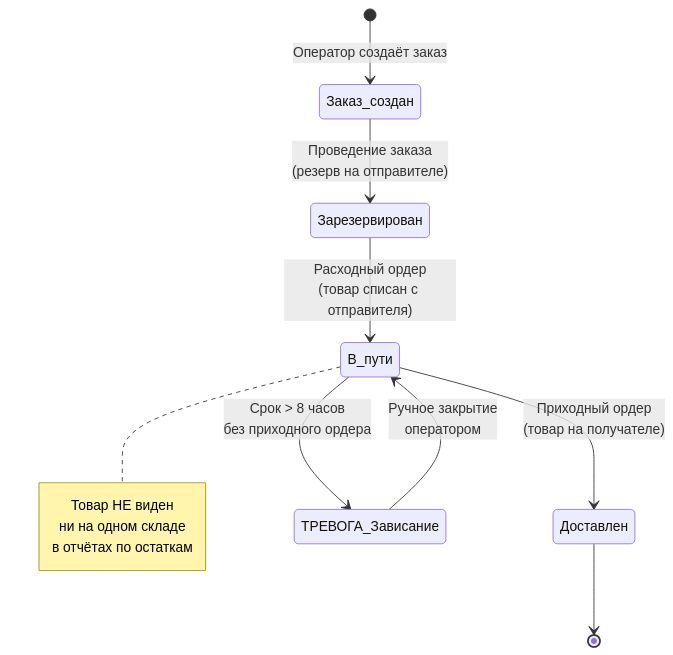
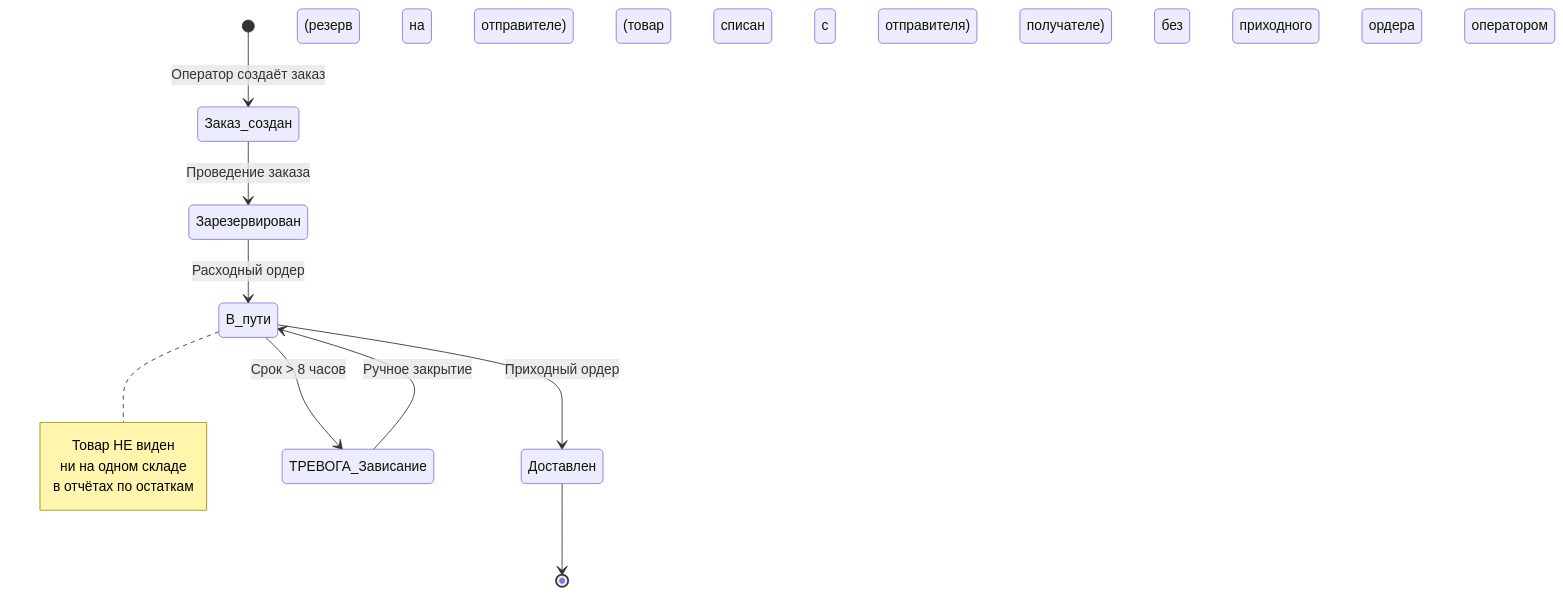
The sixth of 9 diagrams in content/1c-erp/week_5/Неделя 5 - День 1 - Складские перемещения.md (murad1986/1c-erp-quartz), drawn with Mermaid before and after one commit. The commit also changed other lines of this file and 37 other files, not shown here.

First line of the commit message:
Fix lesson sorting, Mermaid colors, and syntax errors

````diff
--- a/content/1c-erp/week_5/Неделя 5 - День 1 - Складские перемещения.md
+++ b/content/1c-erp/week_5/Неделя 5 - День 1 - Складские перемещения.md
@@ -350,15 +357,22 @@
 ```mermaid
 stateDiagram-v2
     [*] --> Заказ_создан : Оператор создаёт заказ
-    Заказ_создан --> Зарезервирован : Проведение заказа<br/>(резерв на отправителе)
-    Зарезервирован --> В_пути : Расходный ордер<br/>(товар списан с отправителя)
-    В_пути --> Доставлен : Приходный ордер<br/>(товар на получателе)
+    Заказ_создан --> Зарезервирован : Проведение заказа
+(резерв на отправителе)
+    Зарезервирован --> В_пути : Расходный ордер
+(товар списан с отправителя)
+    В_пути --> Доставлен : Приходный ордер
+(товар на получателе)
     Доставлен --> [*]
 
-    В_пути --> ТРЕВОГА_Зависание : Срок > 8 часов<br/>без приходного ордера
-    ТРЕВОГА_Зависание --> В_пути : Ручное закрытие<br/>оператором
+    В_пути --> ТРЕВОГА_Зависание : Срок > 8 часов
+без приходного ордера
+    ТРЕВОГА_Зависание --> В_пути : Ручное закрытие
+оператором
 
     note right of В_пути
-        Товар НЕ виден<br/>ни на одном складе<br/>в отчётах по остаткам
+        Товар НЕ виден
+ни на одном складе
+в отчётах по остаткам
     end note
 ```
````
